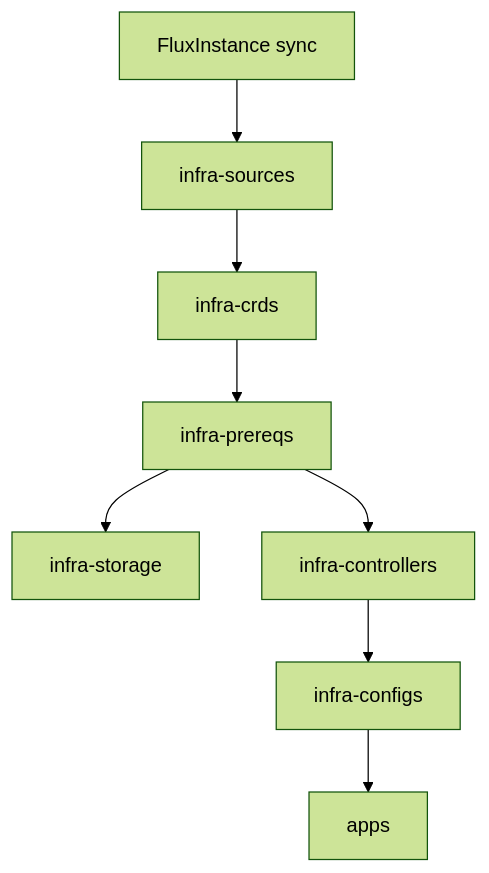
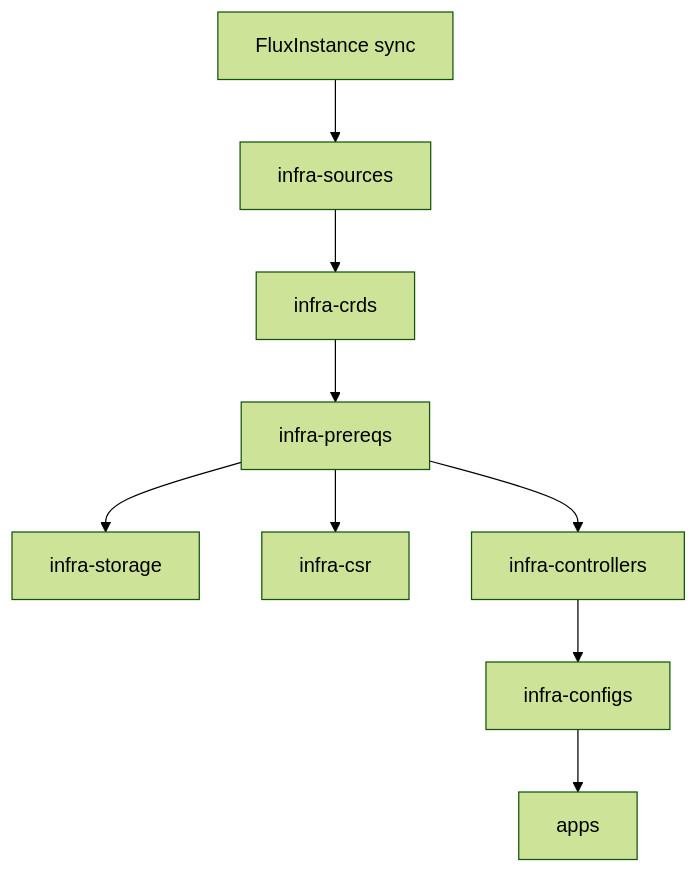
Before and after one commit to damoun/fleet-infra: the diagram in AGENTS.md, drawn with Mermaid (forest theme). The commit also changed other lines of this file, not shown here.

Commit message:
docs(agents): add the infra-csr layer

````diff
--- a/AGENTS.md
+++ b/AGENTS.md
@@ -125,10 +125,11 @@
 ```mermaid
 flowchart TD
     Sync[FluxInstance sync] --> Sources[infra-sources]
     Sources --> CRDs[infra-crds]
     CRDs --> Prereqs[infra-prereqs]
     Prereqs --> Storage[infra-storage]
+    Prereqs --> CSR[infra-csr]
     Prereqs --> Controllers[infra-controllers]
     Controllers --> Configs[infra-configs]
     Configs --> Apps[apps]
 ```
````
